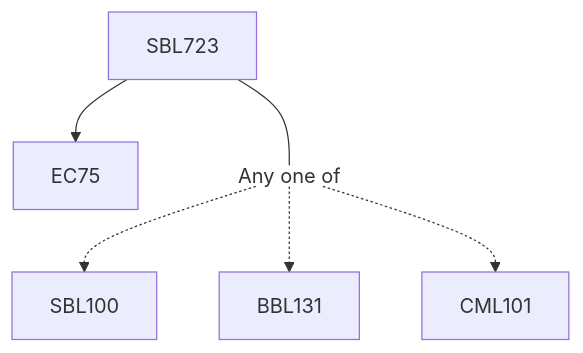
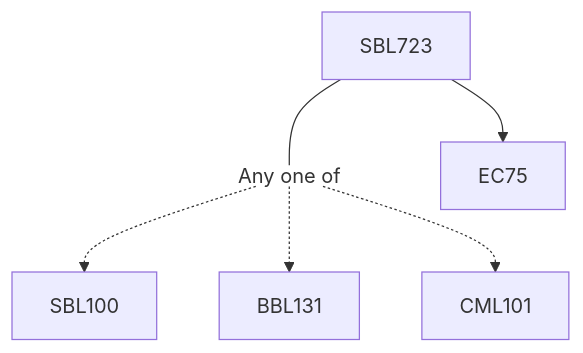
One commit to KeshavBansal0122/CoS_Website changed the diagram in content/Biological Sciences/SBL723.md. Above: the diagram before and after it, drawn with Mermaid. The commit also changed other lines of this file and 2667 other files, not shown here.

````diff
--- a/content/Biological Sciences/SBL723.md
+++ b/content/Biological Sciences/SBL723.md
@@ -15,12 +13,12 @@
 ```mermaid
 flowchart TD
-SBL723-331[SBL723]
-SBL723-331 --> EC75-331[EC75]
-SBL723-331 --- Or332[Any one of]:::empty
-Or332 -.-> SBL100-333[SBL100]
-Or332 -.-> BBL131-334[BBL131]
-Or332 -.-> CML101-335[CML101]
+SBL723-1530[SBL723]
+SBL723-1530 --- Or1531[Any one of]:::empty
+Or1531 -.-> SBL100-1532[SBL100]
+Or1531 -.-> BBL131-1533[BBL131]
+Or1531 -.-> CML101-1534[CML101]
+SBL723-1530 --> EC75-1530[EC75]
 
 classDef empty height:17px, fill:transparent, stroke:transparent;
 classDef trueEmpty height:0px, width:0px;
 ```
````
